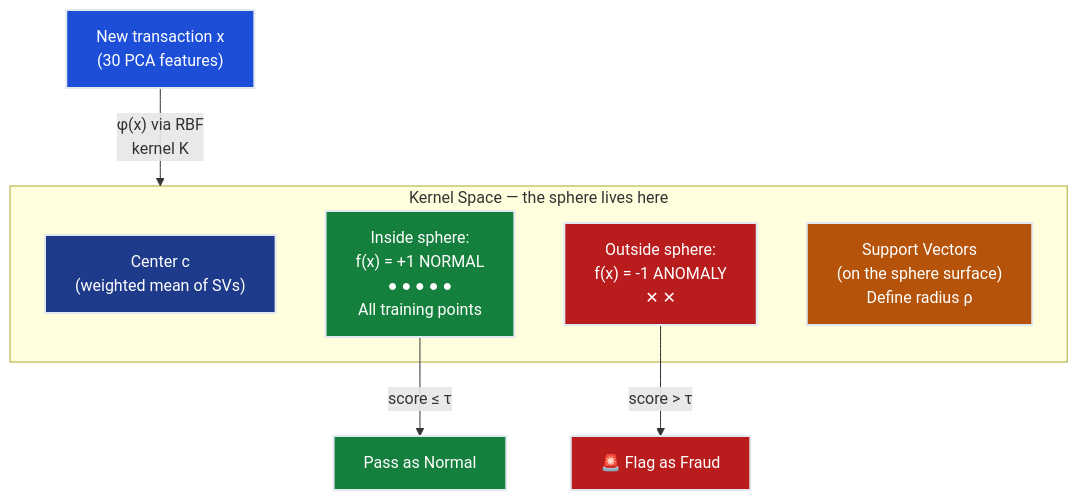
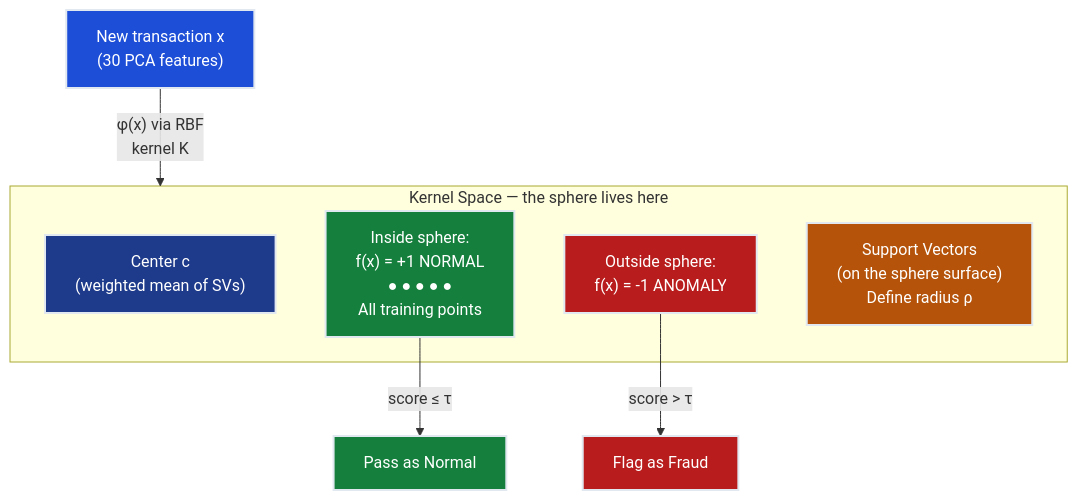
The second of 4 diagrams in notes/01-ml/05-anomaly-detection/ch04_one_class_svm/README.md (dsgouda7/ai-portfolio), drawn with Mermaid before and after one commit. The commit also changed other lines of this file and 391 other files, not shown here.

````diff
--- a/notes/01-ml/05-anomaly-detection/ch04_one_class_svm/README.md
+++ b/notes/01-ml/05-anomaly-detection/ch04_one_class_svm/README.md
@@ -441,21 +441,21 @@
 ```mermaid
 flowchart TD
  subgraph KERNEL["Kernel Space — the sphere lives here"]
  CENTER["Center c\n(weighted mean of SVs)"]
  SPHERE_INNER["Inside sphere:\nf(x) = +1 NORMAL\n● ● ● ● ●\nAll training points"]
- SPHERE_OUTER["Outside sphere:\nf(x) = -1 ANOMALY\n✕ ✕"]
+ SPHERE_OUTER["Outside sphere:\nf(x) = -1 ANOMALY\n "]
  BOUNDARY["Support Vectors\n(on the sphere surface)\nDefine radius ρ"]
  end
 
  TX["New transaction x\n(30 PCA features)"] -->|"φ(x) via RBF\nkernel K"| KERNEL
- SPHERE_OUTER -->|"score > τ"| FLAG["🚨 Flag as Fraud"]
+ SPHERE_OUTER -->|"score > τ"| FLAG[" Flag as Fraud"]
  SPHERE_INNER -->|"score ≤ τ"| PASS[" Pass as Normal"]
 
  style CENTER fill:#1e3a8a,stroke:#e2e8f0,stroke-width:2px,color:#ffffff
  style SPHERE_INNER fill:#15803d,stroke:#e2e8f0,stroke-width:2px,color:#ffffff
  style SPHERE_OUTER fill:#b91c1c,stroke:#e2e8f0,stroke-width:2px,color:#ffffff
  style BOUNDARY fill:#b45309,stroke:#e2e8f0,stroke-width:2px,color:#ffffff
  style TX fill:#1d4ed8,stroke:#e2e8f0,stroke-width:2px,color:#ffffff
  style FLAG fill:#b91c1c,stroke:#e2e8f0,stroke-width:2px,color:#ffffff
  style PASS fill:#15803d,stroke:#e2e8f0,stroke-width:2px,color:#ffffff
 ```
````
